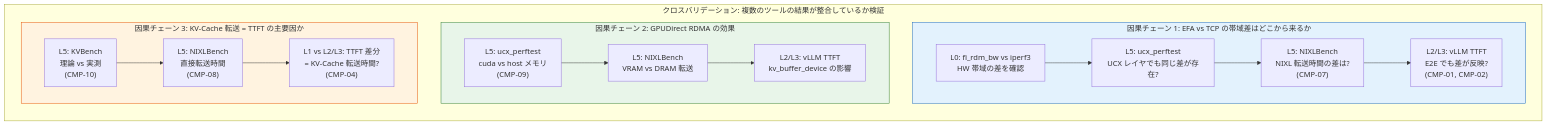
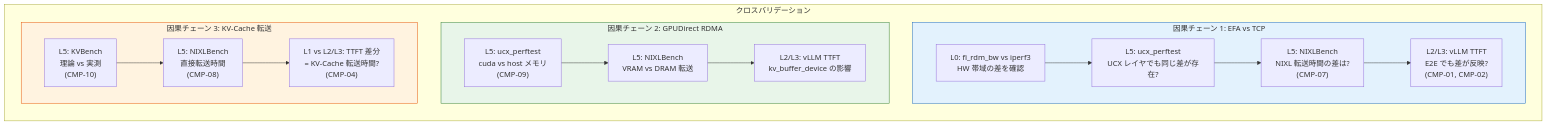
One commit to littlemex/zenn changed diagram 13 of 15 in articles/3dd524130320d3.md. Above: the diagram before and after it, drawn with Mermaid. The commit also changed other lines of this file, not shown here.

````diff
--- a/articles/3dd524130320d3.md
+++ b/articles/3dd524130320d3.md
@@ -707,32 +688,32 @@
 ```mermaid
 graph TB
-    subgraph CV["クロスバリデーション: 複数のツールの結果が整合しているか検証"]
+    subgraph CV["クロスバリデーション"]
         direction TB
 
-        subgraph CHAIN1["因果チェーン 1: EFA vs TCP の帯域差はどこから来るか"]
+        subgraph CHAIN1["因果チェーン 1: EFA vs TCP"]
             C1_L0["L0: fi_rdm_bw vs iperf3<br/>HW 帯域の差を確認"]
             C1_L5a["L5: ucx_perftest<br/>UCX レイヤでも同じ差が存在?"]
             C1_L5b["L5: NIXLBench<br/>NIXL 転送時間の差は?<br/>(CMP-07)"]
             C1_E2E["L2/L3: vLLM TTFT<br/>E2E でも差が反映?<br/>(CMP-01, CMP-02)"]
             C1_L0 --> C1_L5a --> C1_L5b --> C1_E2E
         end
 
-        subgraph CHAIN2["因果チェーン 2: GPUDirect RDMA の効果"]
+        subgraph CHAIN2["因果チェーン 2: GPUDirect RDMA"]
             C2_L5a["L5: ucx_perftest<br/>cuda vs host メモリ<br/>(CMP-09)"]
             C2_L5b["L5: NIXLBench<br/>VRAM vs DRAM 転送"]
             C2_E2E["L2/L3: vLLM TTFT<br/>kv_buffer_device の影響"]
             C2_L5a --> C2_L5b --> C2_E2E
         end
 
-        subgraph CHAIN3["因果チェーン 3: KV-Cache 転送 = TTFT の主要因か"]
+        subgraph CHAIN3["因果チェーン 3: KV-Cache 転送"]
             C3_L5["L5: KVBench<br/>理論 vs 実測<br/>(CMP-10)"]
             C3_NIX["L5: NIXLBench<br/>直接転送時間<br/>(CMP-08)"]
             C3_DIFF["L1 vs L2/L3: TTFT 差分<br/>= KV-Cache 転送時間?<br/>(CMP-04)"]
             C3_L5 --> C3_NIX --> C3_DIFF
         end
     end
 
     style CHAIN1 fill: #e3f2fd,stroke: #1565c0
     style CHAIN2 fill: #e8f5e9,stroke: #2e7d32
     style CHAIN3 fill: #fff3e0,stroke: #e65100
 ```
````
